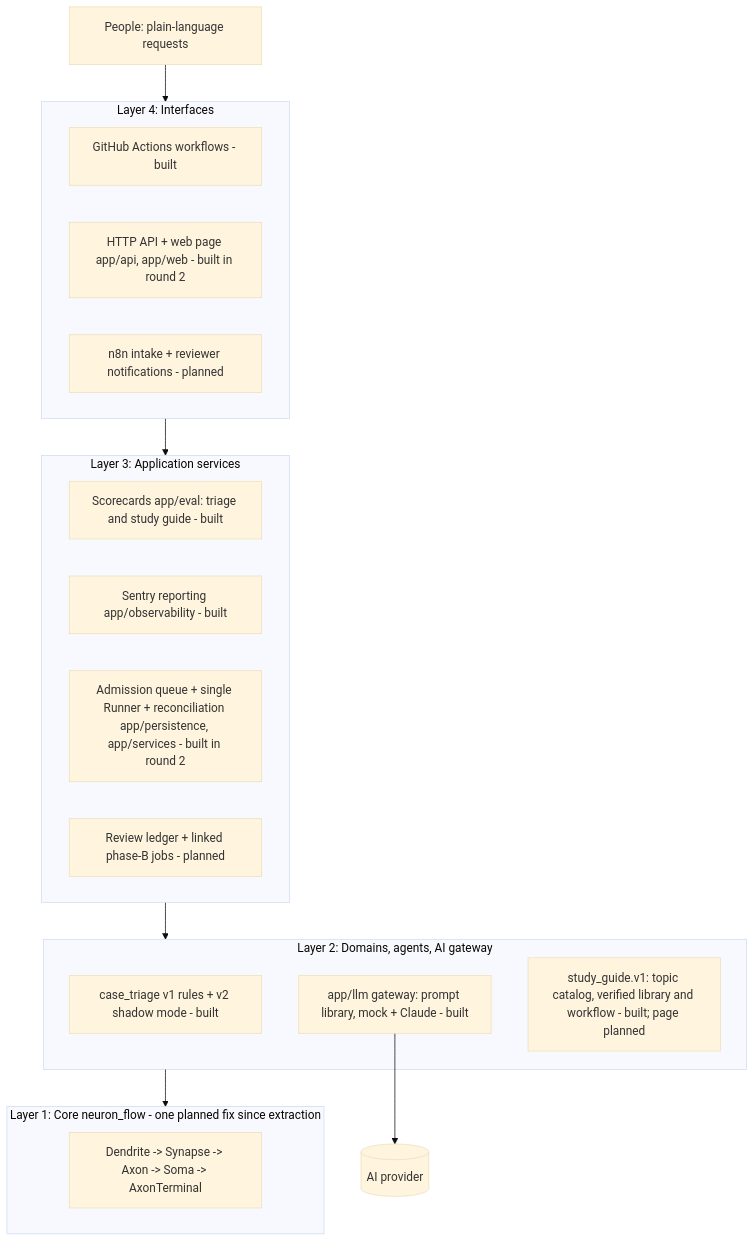
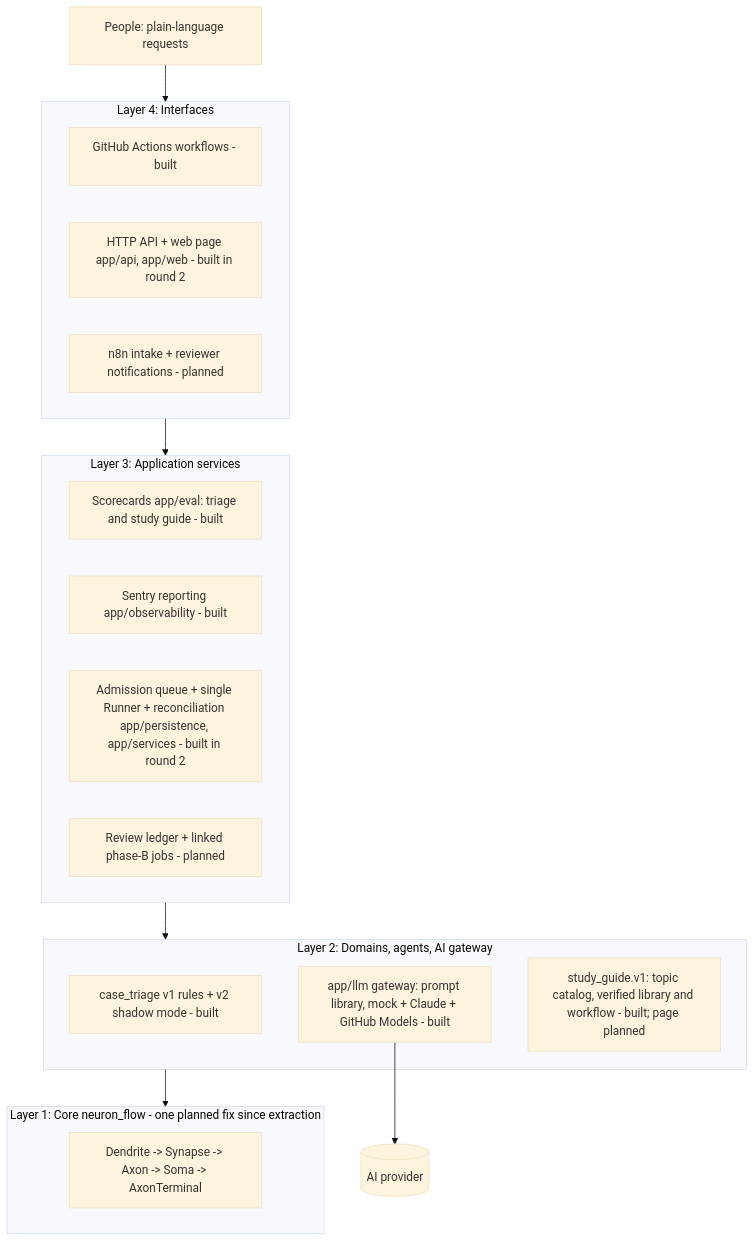
The diagram in docs/architecture.md (narongdetpyou-ux/System_Neuron_flow_AI), drawn with Mermaid (base theme) before and after one commit. The commit also changed other lines of this file and 29 other files, not shown here.

First line of the commit message:
Add GitHub Models as a free live AI provider (ADR-020)

````diff
--- a/docs/architecture.md
+++ b/docs/architecture.md
@@ -25,25 +25,25 @@
 ```mermaid
 flowchart TD
     U[People: plain-language requests] --> L4
     subgraph L4[Layer 4: Interfaces]
       GH[GitHub Actions workflows - built]
       API[HTTP API + web page app/api, app/web - built in round 2]
       N8N[n8n intake + reviewer notifications - planned]
     end
     subgraph L3[Layer 3: Application services]
       EV[Scorecards app/eval: triage and study guide - built]
       OBS[Sentry reporting app/observability - built]
       Q[Admission queue + single Runner + reconciliation app/persistence, app/services - built in round 2]
       REV[Review ledger + linked phase-B jobs - planned]
     end
     subgraph L2[Layer 2: Domains, agents, AI gateway]
       TRI[case_triage v1 rules + v2 shadow mode - built]
-      LLM[app/llm gateway: prompt library, mock + Claude - built]
+      LLM[app/llm gateway: prompt library, mock + Claude + GitHub Models - built]
       SG[study_guide.v1: topic catalog, verified library and workflow - built; page planned]
     end
     subgraph L1[Layer 1: Core neuron_flow - one planned fix since extraction]
       CORE[Dendrite -> Synapse -> Axon -> Soma -> AxonTerminal]
     end
     L4 --> L3 --> L2 --> L1
     LLM --> P[(AI provider)]
 ```
````
